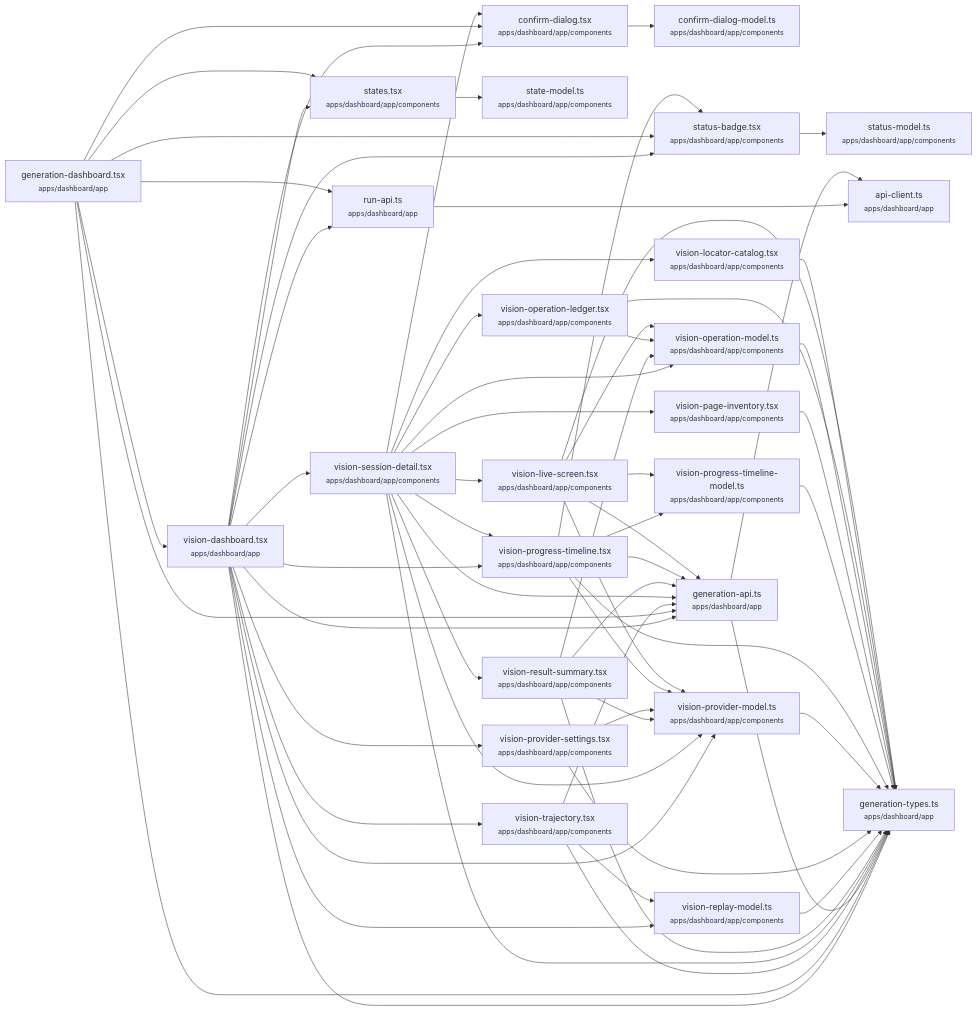
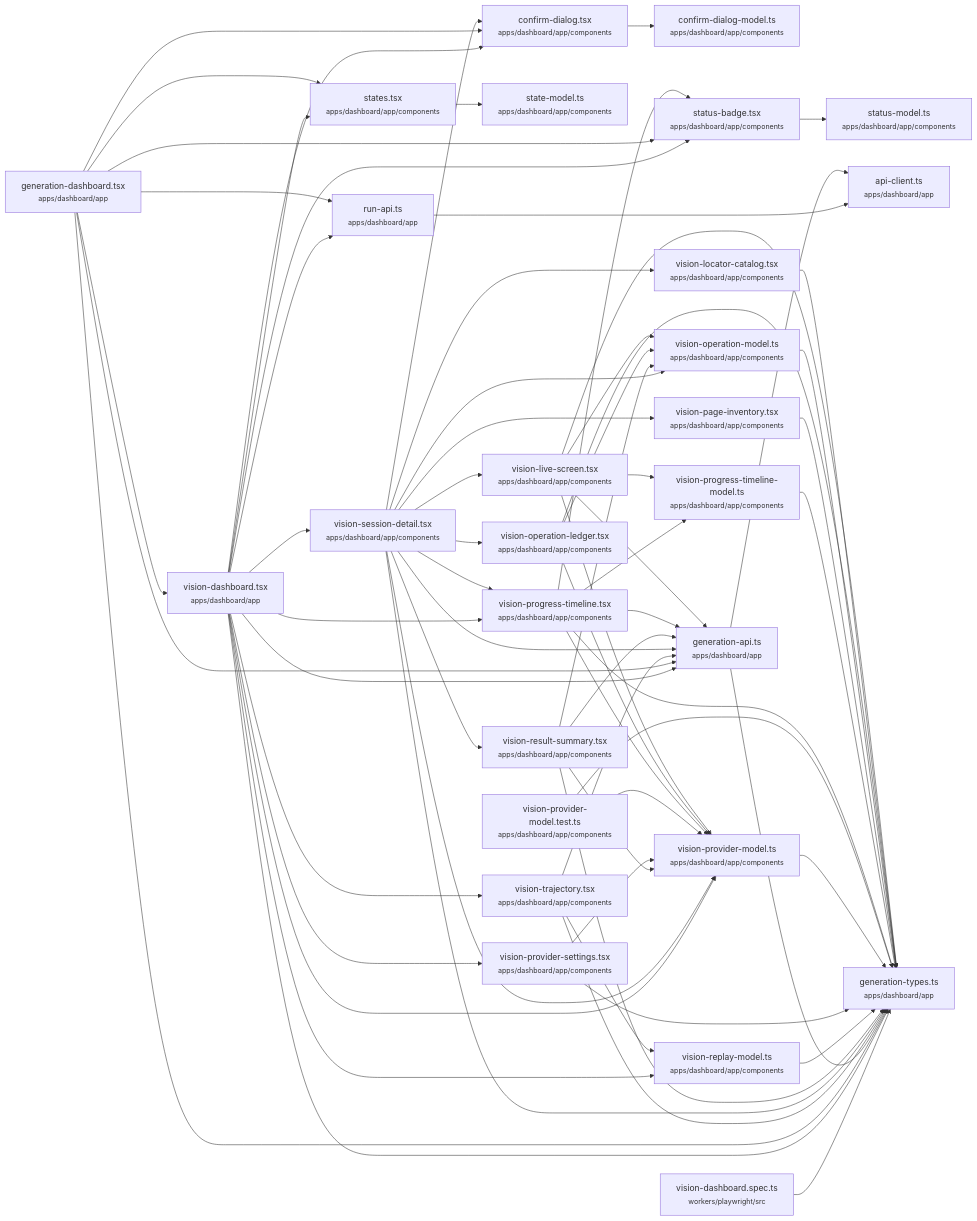
Before and after one commit to HenSanInDuty/agent-automation-testing: the diagram in auto-at-ui/docs/graphs/vision-dashboard.md, drawn with Mermaid. The commit also changed other lines of this file and 267 other files, not shown here.

````diff
--- a/auto-at-ui/docs/graphs/vision-dashboard.md
+++ b/auto-at-ui/docs/graphs/vision-dashboard.md
@@ -147,15 +153,17 @@
   n13["vision-operation-ledger.tsx<br/><small>apps/dashboard/app/components</small>"]
   n14["vision-page-inventory.tsx<br/><small>apps/dashboard/app/components</small>"]
   n15["vision-progress-timeline.tsx<br/><small>apps/dashboard/app/components</small>"]
-  n16["vision-provider-settings.tsx<br/><small>apps/dashboard/app/components</small>"]
-  n17["vision-replay-model.ts<br/><small>apps/dashboard/app/components</small>"]
-  n18["vision-result-summary.tsx<br/><small>apps/dashboard/app/components</small>"]
-  n19["vision-session-detail.tsx<br/><small>apps/dashboard/app/components</small>"]
-  n20["vision-trajectory.tsx<br/><small>apps/dashboard/app/components</small>"]
-  n21["api-client.ts<br/><small>apps/dashboard/app</small>"]
-  n22["generation-dashboard.tsx<br/><small>apps/dashboard/app</small>"]
-  n23["vision-dashboard.tsx<br/><small>apps/dashboard/app</small>"]
-  n24["run-api.ts<br/><small>apps/dashboard/app</small>"]
+  n16["vision-provider-model.test.ts<br/><small>apps/dashboard/app/components</small>"]
+  n17["vision-provider-settings.tsx<br/><small>apps/dashboard/app/components</small>"]
+  n18["vision-replay-model.ts<br/><small>apps/dashboard/app/components</small>"]
+  n19["vision-result-summary.tsx<br/><small>apps/dashboard/app/components</small>"]
+  n20["vision-session-detail.tsx<br/><small>apps/dashboard/app/components</small>"]
+  n21["vision-trajectory.tsx<br/><small>apps/dashboard/app/components</small>"]
+  n22["api-client.ts<br/><small>apps/dashboard/app</small>"]
+  n23["generation-dashboard.tsx<br/><small>apps/dashboard/app</small>"]
+  n24["vision-dashboard.tsx<br/><small>apps/dashboard/app</small>"]
+  n25["run-api.ts<br/><small>apps/dashboard/app</small>"]
+  n26["vision-dashboard.spec.ts<br/><small>workers/playwright/src</small>"]
   n0 --> n1
   n2 --> n3
   n4 --> n5
@@ -167,6 +175,7 @@
   n12 --> n8
   n13 --> n8
   n13 --> n10
+  n13 --> n9
   n10 --> n8
   n14 --> n8
   n11 --> n8
@@ -175,48 +184,51 @@
   n15 --> n4
   n15 --> n11
   n15 --> n9
-  n9 --> n8
   n16 --> n8
   n16 --> n9
+  n9 --> n8
   n17 --> n8
+  n17 --> n9
   n18 --> n8
-  n18 --> n7
-  n18 --> n10
-  n18 --> n9
+  n19 --> n8
   n19 --> n7
-  n19 --> n8
-  n19 --> n0
-  n19 --> n12
   n19 --> n10
-  n19 --> n13
-  n19 --> n18
   n19 --> n9
-  n19 --> n6
-  n19 --> n15
-  n19 --> n14
   n20 --> n7
   n20 --> n8
-  n20 --> n17
-  n7 --> n21
+  n20 --> n0
+  n20 --> n12
+  n20 --> n10
+  n20 --> n13
+  n20 --> n19
+  n20 --> n9
+  n20 --> n6
+  n20 --> n15
+  n20 --> n14
+  n21 --> n7
+  n21 --> n8
+  n21 --> n18
+  n7 --> n22
   n7 --> n8
-  n22 --> n0
-  n22 --> n2
-  n22 --> n4
-  n22 --> n23
-  n22 --> n7
-  n22 --> n8
-  n22 --> n24
-  n24 --> n21
-  n23 --> n19
-  n23 --> n16
-  n23 --> n9
-  n23 --> n7
-  n23 --> n8
   n23 --> n0
   n23 --> n2
   n23 --> n4
-  n23 --> n15
-  n23 --> n20
-  n23 --> n17
   n23 --> n24
+  n23 --> n7
+  n23 --> n8
+  n23 --> n25
+  n25 --> n22
+  n24 --> n20
+  n24 --> n17
+  n24 --> n9
+  n24 --> n7
+  n24 --> n8
+  n24 --> n0
+  n24 --> n2
+  n24 --> n4
+  n24 --> n15
+  n24 --> n21
+  n24 --> n18
+  n24 --> n25
+  n26 --> n8
 ```
````
